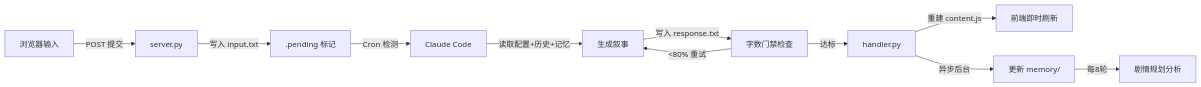
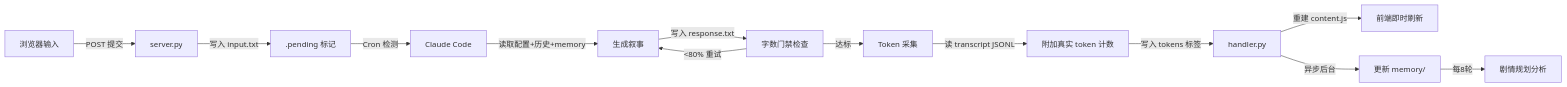
The diagram in README.md (Damages9/AIRP_ClaudeCode), drawn with Mermaid before and after one commit. The commit also changed other lines of this file and 10 other files, not shown here.

````diff
--- a/README.md
+++ b/README.md
@@ -321,13 +356,15 @@
 ```mermaid
 graph LR
     A[浏览器输入] -->|POST 提交| B[server.py]
     B -->|写入 input.txt| C[.pending 标记]
     C -->|Cron 检测| D[Claude Code]
-    D -->|读取配置+历史+记忆| E[生成叙事]
+    D -->|读取配置+历史+memory| E[生成叙事]
     E -->|写入 response.txt| F[字数门禁检查]
-    F -->|达标| G[handler.py]
+    F -->|达标| G[Token 采集]
+    G -->|读 transcript JSONL| G2[附加真实 token 计数]
+    G2 -->|写入 tokens 标签| H[handler.py]
     F -->|<80% 重试| E
-    G -->|重建 content.js| H[前端即时刷新]
-    G -->|异步后台| I[更新 memory/]
-    I -->|每8轮| J[剧情规划分析]
+    H -->|重建 content.js| I[前端即时刷新]
+    H -->|异步后台| J[更新 memory/]
+    J -->|每8轮| K[剧情规划分析]
 ```
````
